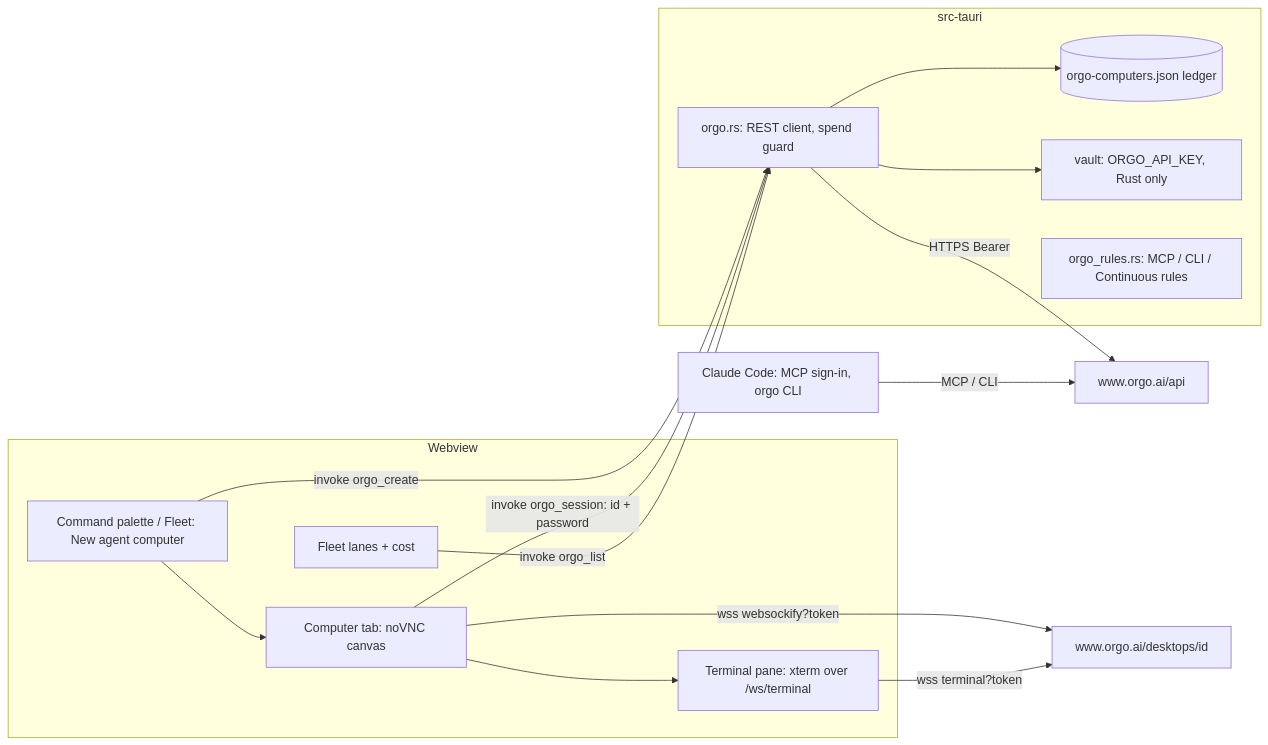
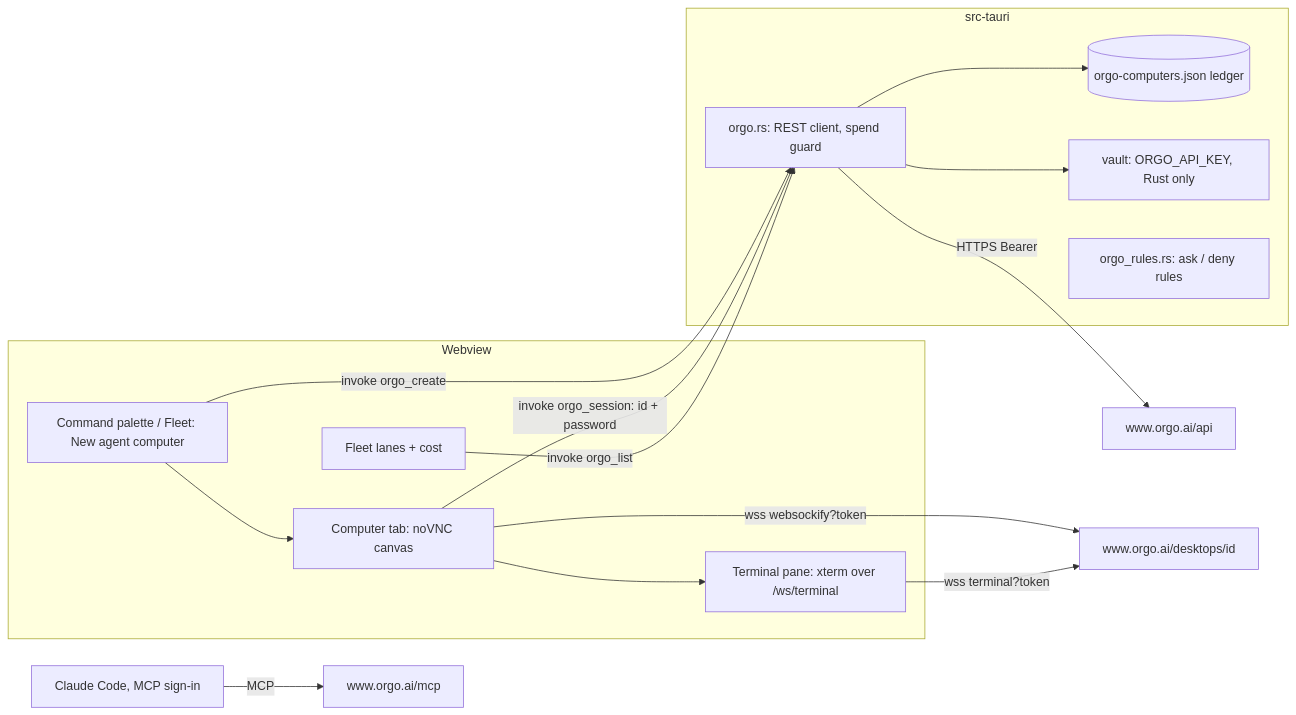
One commit to alvin-reyes/better-agentic-ide changed the first of 3 diagrams in _bmad-output/plan-orgo-agent-computers.md. Above: the diagram before and after it, drawn with Mermaid. The commit also changed other lines of this file, not shown here.

Commit message:
Plan: Orgo rules for subfolder and launch, verb globs, 1c on hold (review round 3)

````diff
--- a/_bmad-output/plan-orgo-agent-computers.md
+++ b/_bmad-output/plan-orgo-agent-computers.md
@@ -505,20 +456,20 @@
 ```mermaid
 flowchart LR
   subgraph Webview
     CP[Command palette / Fleet: New agent computer] --> CT[Computer tab: noVNC canvas]
     CT --> TT[Terminal pane: xterm over /ws/terminal]
     FL[Fleet lanes + cost]
   end
   subgraph Rust [src-tauri]
     OR[orgo.rs: REST client, spend guard] --> LG[(orgo-computers.json ledger)]
     OR --> KC[vault: ORGO_API_KEY, Rust only]
-    RU[orgo_rules.rs: MCP / CLI / Continuous rules]
+    RU[orgo_rules.rs: ask / deny rules]
   end
   CP -- invoke orgo_create --> OR
   CT -- invoke orgo_session: id + password --> OR
   OR -- HTTPS Bearer --> API[www.orgo.ai/api]
   CT -- wss websockify?token --> DESK[www.orgo.ai/desktops/id]
   TT -- wss terminal?token --> DESK
   FL -- invoke orgo_list --> OR
-  CC[Claude Code: MCP sign-in, orgo CLI] -- MCP / CLI --> API
+  CC[Claude Code, MCP sign-in] -- MCP --> MCPS[www.orgo.ai/mcp]
 ```
````
